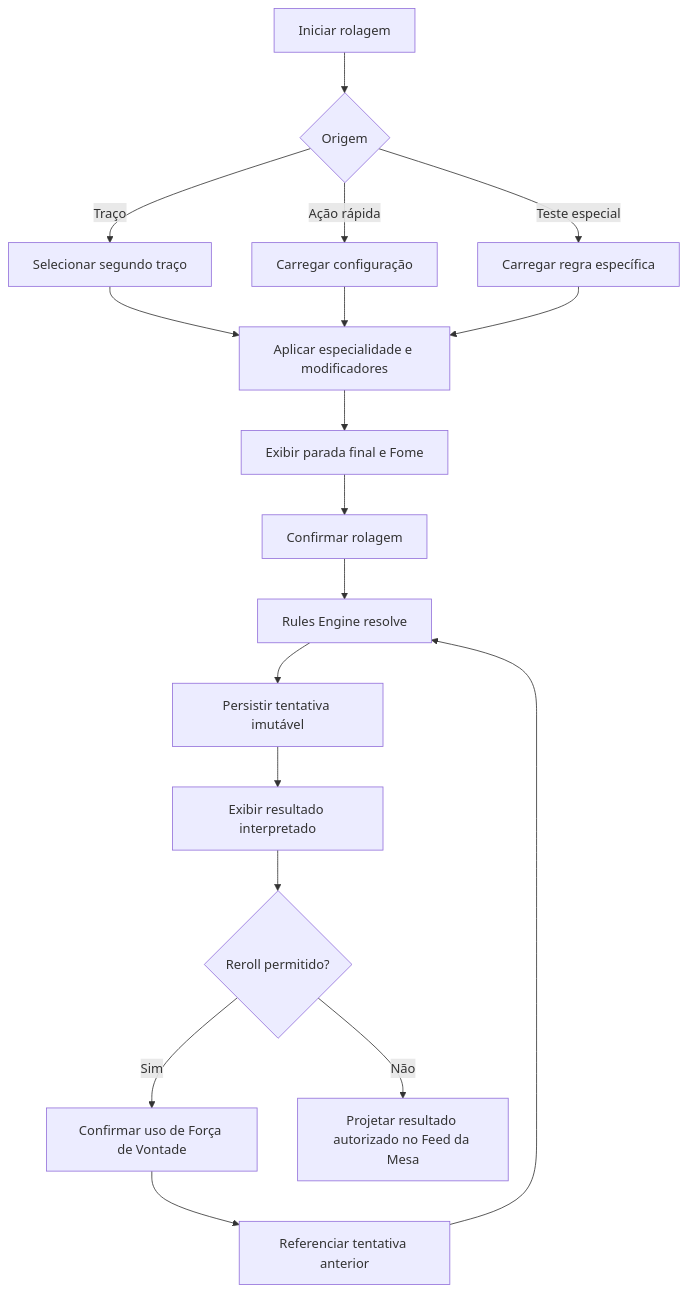
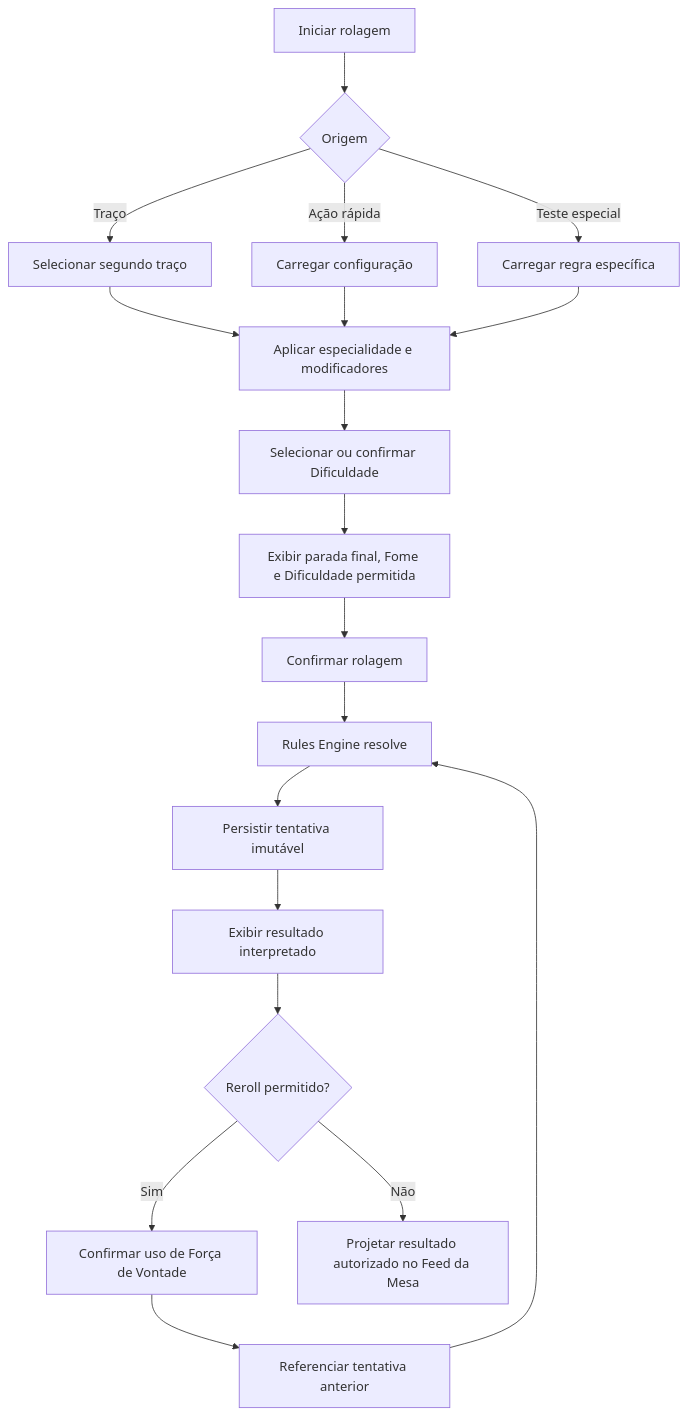
The seventh of 7 diagrams in documentacao/01-produto/arquitetura-produto-fluxos-principais-v0.1.md (GabrielB-B/Assistente_Vampiro), drawn with Mermaid before and after one commit. The commit also changed other lines of this file and 15 other files, not shown here.

Commit message:
docs(architecture): aprovar arquitetura de software v0.1

````diff
--- a/documentacao/01-produto/arquitetura-produto-fluxos-principais-v0.1.md
+++ b/documentacao/01-produto/arquitetura-produto-fluxos-principais-v0.1.md
@@ -594,20 +594,21 @@
 ```mermaid
 flowchart TD
     START[Iniciar rolagem] --> ORIGIN{Origem}
     ORIGIN -->|Traço| TRAIT[Selecionar segundo traço]
     ORIGIN -->|Ação rápida| TEMPLATE[Carregar configuração]
     ORIGIN -->|Teste especial| SPECIAL[Carregar regra específica]
     TRAIT --> MOD[Aplicar especialidade e modificadores]
     TEMPLATE --> MOD
     SPECIAL --> MOD
-    MOD --> PREVIEW[Exibir parada final e Fome]
+    MOD --> DIFF[Selecionar ou confirmar Dificuldade]
+    DIFF --> PREVIEW[Exibir parada final, Fome e Dificuldade permitida]
     PREVIEW --> CONFIRM[Confirmar rolagem]
     CONFIRM --> ENGINE[Rules Engine resolve]
     ENGINE --> EVENT[Persistir tentativa imutável]
     EVENT --> RESULT[Exibir resultado interpretado]
     RESULT --> REROLL{Reroll permitido?}
     REROLL -- Sim --> CONFIRM_REROLL[Confirmar uso de Força de Vontade]
     CONFIRM_REROLL --> LINK[Referenciar tentativa anterior]
     LINK --> ENGINE
     REROLL -- Não --> FEED[Projetar resultado autorizado no Feed da Mesa]
 ```
````
